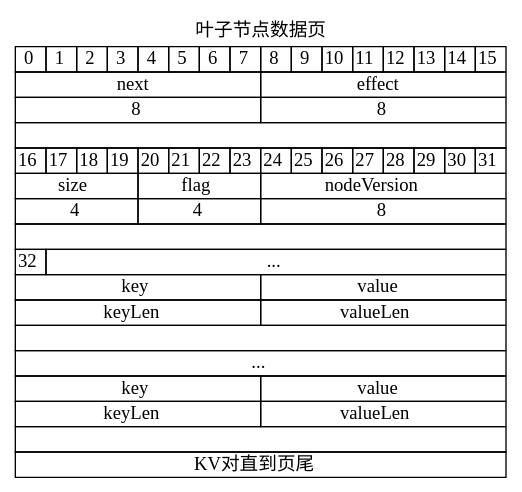
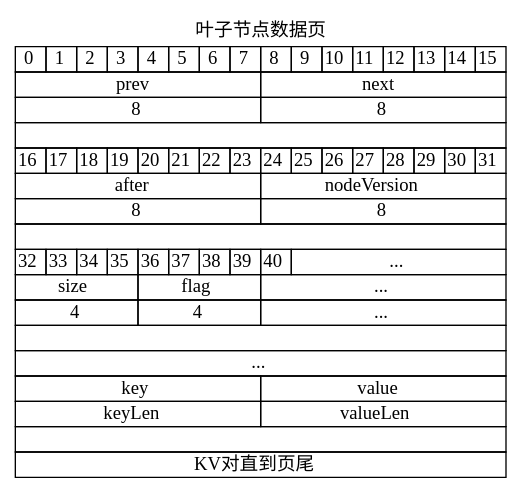
Before and after one commit to rectcircle/course-design-DBMS: the sixth of 6 diagrams in doc/3-索引存储引擎.md, drawn with Graphviz. The commit also changed other lines of this file and 13 other files, not shown here.

```diff
--- a/doc/3-索引存储引擎.md
+++ b/doc/3-索引存储引擎.md
@@ -693,8 +705,8 @@
       <TD>15</TD>
     </TR>
     <TR>
+      <TD COLSPAN="8">prev</TD>
       <TD COLSPAN="8">next</TD>
-      <TD COLSPAN="8">effect</TD>
     </TR>
     <TR>
       <TD COLSPAN="8">8</TD>
@@ -722,29 +734,34 @@
       <TD>31</TD>
     </TR>
     <TR>
-      <TD COLSPAN="4">size</TD>
-      <TD COLSPAN="4">flag</TD>
-      <TD COLSPAN="16">nodeVersion</TD>
+      <TD COLSPAN="8">after</TD><TD COLSPAN="8">nodeVersion</TD>
     </TR>
     <TR>
-      <TD COLSPAN="4">4</TD>
-      <TD COLSPAN="4">4</TD>
-      <TD COLSPAN="16">8</TD>
+      <TD COLSPAN="8">8</TD>
+      <TD COLSPAN="8">8</TD>
     </TR>
     <TR>
       <TD COLSPAN="16"> </TD>
     </TR>
     <TR>
       <TD>32</TD>
-      <TD COLSPAN="15">...</TD>
+      <TD>33</TD>
+      <TD>34</TD>
+      <TD>35</TD>
+      <TD>36</TD>
+      <TD>37</TD>
+      <TD>38</TD>
+      <TD>39</TD>
+      <TD>40</TD>
+      <TD COLSPAN="8">...</TD>
     </TR>
     <TR>
-      <TD COLSPAN="8">key</TD>
-      <TD COLSPAN="8">value</TD>
+      <TD COLSPAN="4">size</TD>
+      <TD COLSPAN="4">flag</TD><TD COLSPAN="8">...</TD>
     </TR>
-    <TR>
-      <TD COLSPAN="8">keyLen</TD>
-      <TD COLSPAN="8">valueLen</TD>
+    <TR><TD COLSPAN="4">4</TD>
+      <TD COLSPAN="4">4</TD>
+      <TD COLSPAN="8">...</TD>
     </TR>
     <TR>
       <TD COLSPAN="16"> </TD>
```
